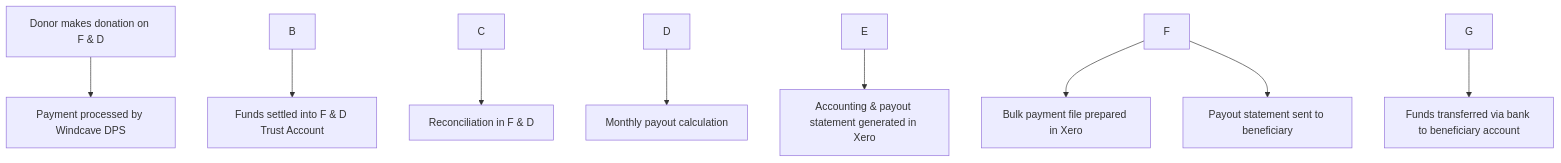
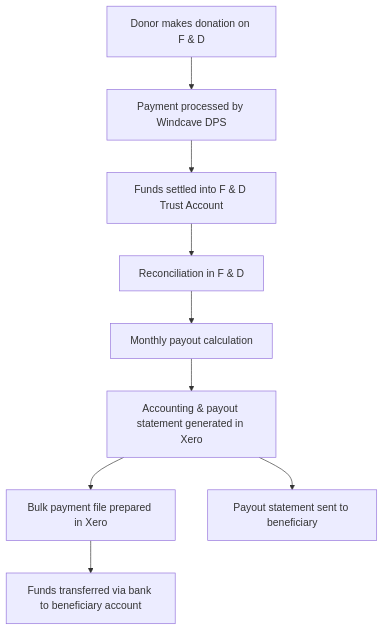
The first of 2 diagrams in _posts/2025-08-05-thinking-in-ddd-applying-ubiquitous-language-to-real-world-financial-workflows.md (oninebx/blog), drawn with Mermaid before and after one commit. The commit also changed other lines of this file, not shown here.

```diff
--- a/_posts/2025-08-05-thinking-in-ddd-applying-ubiquitous-language-to-real-world-financial-workflows.md
+++ b/_posts/2025-08-05-thinking-in-ddd-applying-ubiquitous-language-to-real-world-financial-workflows.md
@@ -28,11 +28,11 @@
 <div class="mermaid">
 flowchart TD
-    A\[Donor makes donation on F & D] --> B\[Payment processed by Windcave DPS]
-    B --> C\[Funds settled into F & D Trust Account]
-    C --> D\[Reconciliation in F & D]
-    D --> E\[Monthly payout calculation]
-    E --> F\[Accounting & payout statement generated in Xero]
-    F --> G\[Bulk payment file prepared in Xero]
-    G --> H\[Funds transferred via bank to beneficiary account]
-    F --> I\[Payout statement sent to beneficiary]
+    A[Donor makes donation on F & D] --> B[Payment processed by Windcave DPS]
+    B --> C[Funds settled into F & D Trust Account]
+    C --> D[Reconciliation in F & D]
+    D --> E[Monthly payout calculation]
+    E --> F[Accounting & payout statement generated in Xero]
+    F --> G[Bulk payment file prepared in Xero]
+    G --> H[Funds transferred via bank to beneficiary account]
+    F --> I[Payout statement sent to beneficiary]
 </div>
```
